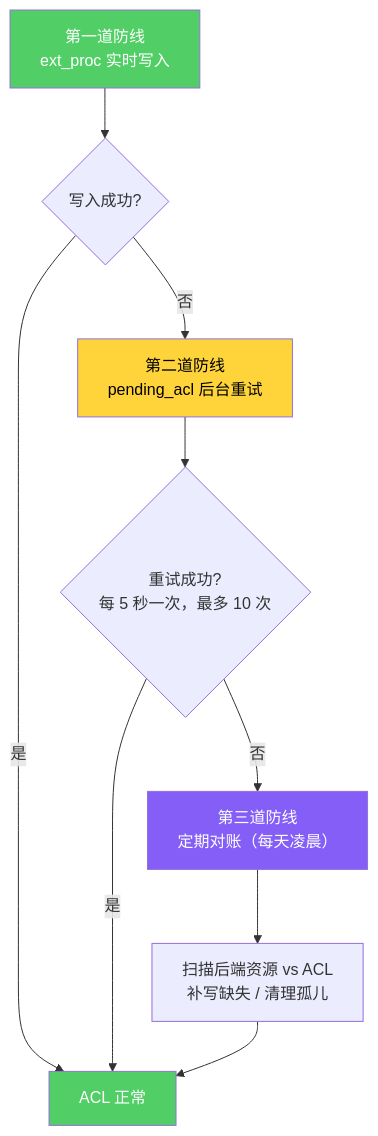
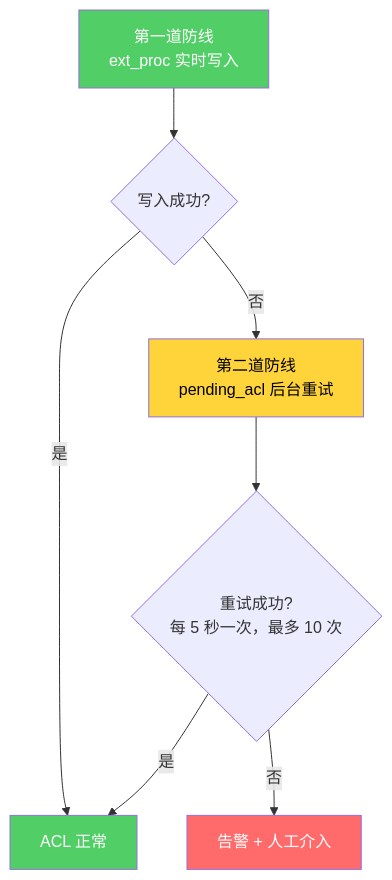
Diagram 13 of 14 in diagrams/failure-scenarios.md (xiewanchao/aidp-iam), drawn with Mermaid before and after one commit. The commit also changed other lines of this file and 43 other files, not shown here.

````diff
--- a/diagrams/failure-scenarios.md
+++ b/diagrams/failure-scenarios.md
@@ -543,16 +501,14 @@
 ```mermaid
 flowchart TD
     LINE1["第一道防线<br/>ext_proc 实时写入"] --> SUCCESS{"写入成功?"}
     SUCCESS -->|是| DONE["ACL 正常"]
     SUCCESS -->|否| LINE2["第二道防线<br/>pending_acl 后台重试"]
     LINE2 --> RETRY{"重试成功?<br/>每 5 秒一次，最多 10 次"}
     RETRY -->|是| DONE
-    RETRY -->|否| LINE3["第三道防线<br/>定期对账（每天凌晨）"]
-    LINE3 --> RECON["扫描后端资源 vs ACL<br/>补写缺失 / 清理孤儿"]
-    RECON --> DONE
+    RETRY -->|否| ALERT["告警 + 人工介入"]
 
     style LINE1 fill:#51cf66,color:#fff
     style LINE2 fill:#ffd43b,color:#000
-    style LINE3 fill:#845ef7,color:#fff
     style DONE fill:#51cf66,color:#fff
+    style ALERT fill:#ff6b6b,color:#fff
 ```
````
